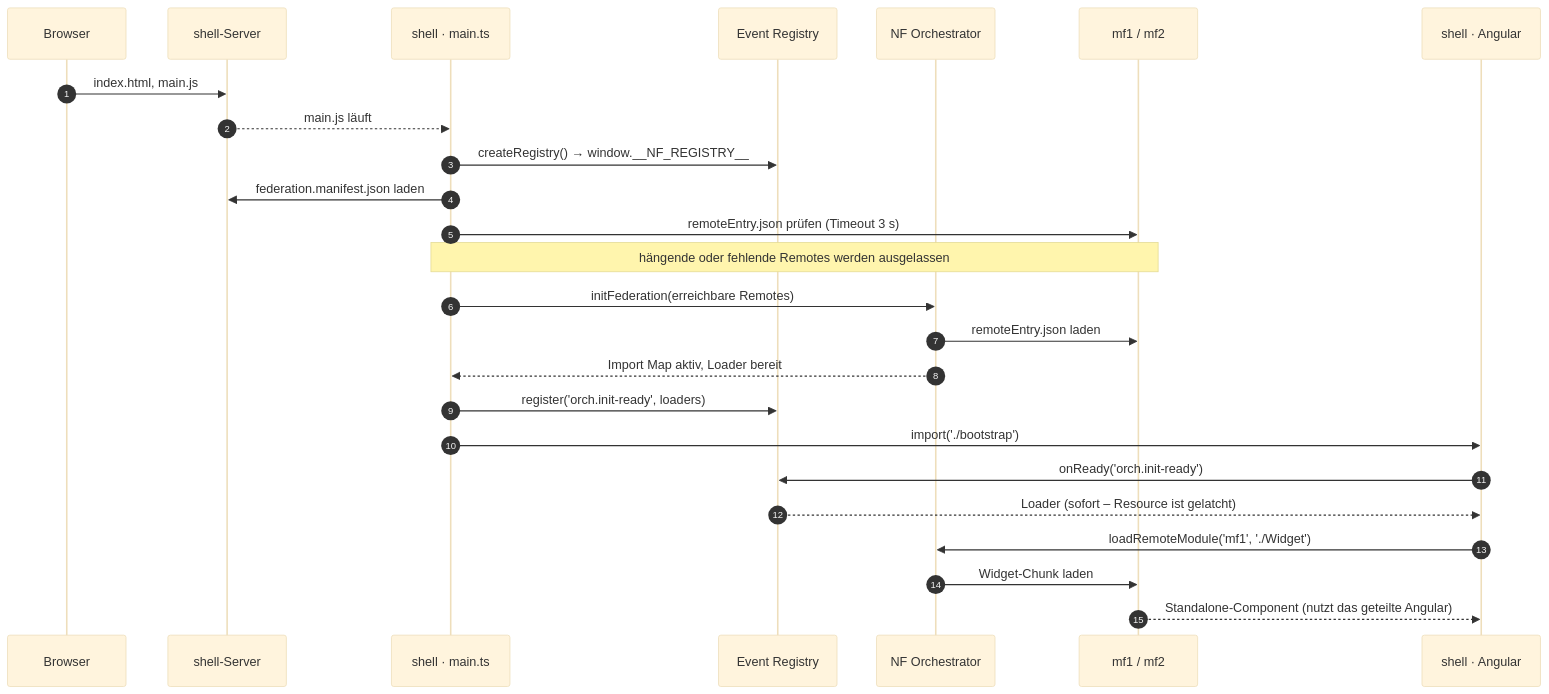
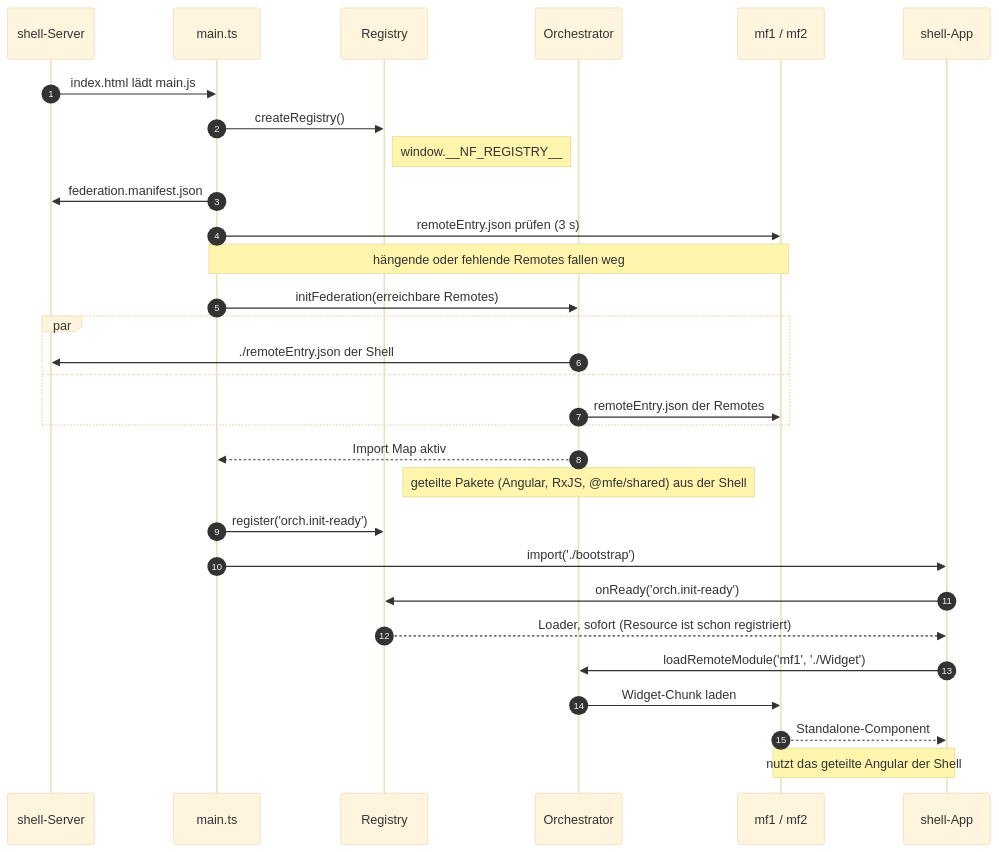
The fourth of 6 diagrams in README.md (jannikbuscha/mfe), drawn with Mermaid (base theme) before and after one commit. The commit also changed other lines of this file and 4 other files, not shown here.

First line of the commit message:
Refine diagrams and the GitHub Pages pipeline after review

````diff
--- a/README.md
+++ b/README.md
@@ -263,28 +268,34 @@
 ```mermaid
+%%{init: {'sequence': {'width': 110, 'actorMargin': 20}}}%%
 sequenceDiagram
   autonumber
-  participant B as Browser
   participant H as shell-Server
-  participant M as shell · main.ts
-  participant R as Event Registry
-  participant O as NF Orchestrator
+  participant M as main.ts
+  participant R as Registry
+  participant O as Orchestrator
   participant S as mf1 / mf2
-  participant A as shell · Angular
+  participant A as shell-App
 
-  B->>H: index.html, main.js
-  H-->>M: main.js läuft
-  M->>R: createRegistry() → window.__NF_REGISTRY__
-  M->>H: federation.manifest.json laden
-  M->>S: remoteEntry.json prüfen (Timeout 3 s)
-  Note over M,S: hängende oder fehlende Remotes werden ausgelassen
+  H->>M: index.html lädt main.js
+  M->>R: createRegistry()
+  Note right of R: window.__NF_REGISTRY__
+  M->>H: federation.manifest.json
+  M->>S: remoteEntry.json prüfen (3 s)
+  Note over M,S: hängende oder fehlende Remotes fallen weg
   M->>O: initFederation(erreichbare Remotes)
-  O->>S: remoteEntry.json laden
-  O-->>M: Import Map aktiv, Loader bereit
-  M->>R: register('orch.init-ready', loaders)
+  par
+    O->>H: ./remoteEntry.json der Shell
+  and
+    O->>S: remoteEntry.json der Remotes
+  end
+  O-->>M: Import Map aktiv
+  Note over O: geteilte Pakete (Angular, RxJS, @mfe/shared) aus der Shell
+  M->>R: register('orch.init-ready')
   M->>A: import('./bootstrap')
   A->>R: onReady('orch.init-ready')
-  R-->>A: Loader (sofort – Resource ist gelatcht)
+  R-->>A: Loader, sofort (Resource ist schon registriert)
   A->>O: loadRemoteModule('mf1', './Widget')
   O->>S: Widget-Chunk laden
-  S-->>A: Standalone-Component (nutzt das geteilte Angular)
+  S-->>A: Standalone-Component
+  Note over S,A: nutzt das geteilte Angular der Shell
 ```
````
